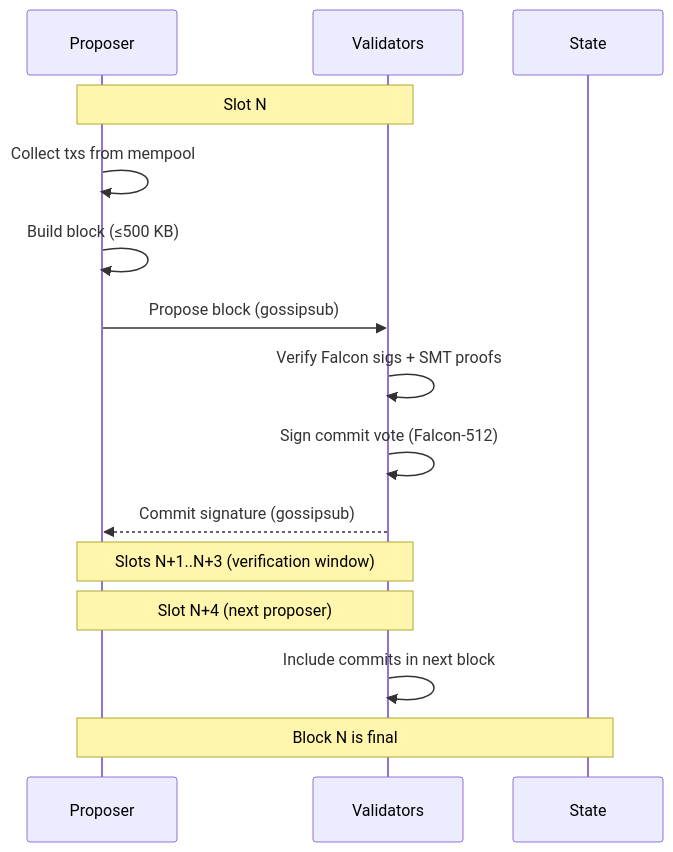
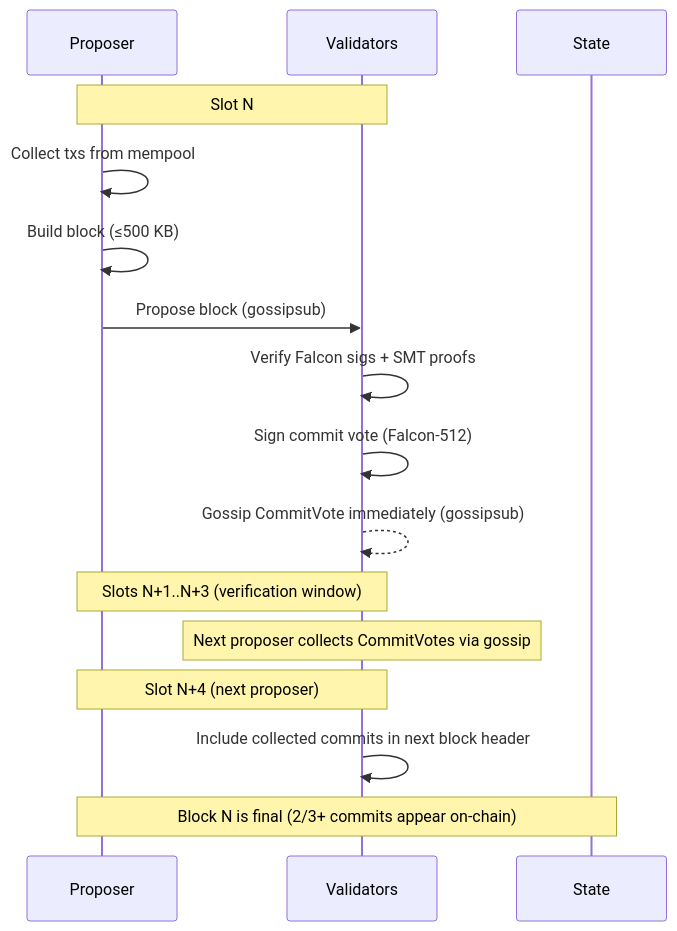
One commit to Monbuticloud/mononium changed the diagram in docs/plans/V0.4.0/Consensus.md. Above: the diagram before and after it, drawn with Mermaid. The commit also changed other lines of this file and 15 other files, not shown here.

````diff
--- a/docs/plans/V0.4.0/Consensus.md
+++ b/docs/plans/V0.4.0/Consensus.md
@@ -120,19 +122,20 @@
 ```mermaid
 sequenceDiagram
     participant Proposer
     participant Validators
     participant State
 
     Note over Proposer,Validators: Slot N
     Proposer->>Proposer: Collect txs from mempool
     Proposer->>Proposer: Build block (≤500 KB)
     Proposer->>Validators: Propose block (gossipsub)
     Validators->>Validators: Verify Falcon sigs + SMT proofs
     Validators->>Validators: Sign commit vote (Falcon-512)
-    Validators-->>Proposer: Commit signature (gossipsub)
+    Validators-->>Validators: Gossip CommitVote immediately (gossipsub)
 
     Note over Proposer,Validators: Slots N+1..N+3 (verification window)
+    Note over Validators: Next proposer collects CommitVotes via gossip
     Note over Proposer,Validators: Slot N+4 (next proposer)
-    Validators->>Validators: Include commits in next block
-    Note over Proposer,State: Block N is final
+    Validators->>Validators: Include collected commits in next block header
+    Note over Proposer,State: Block N is final (2/3+ commits appear on-chain)
 ```
````
